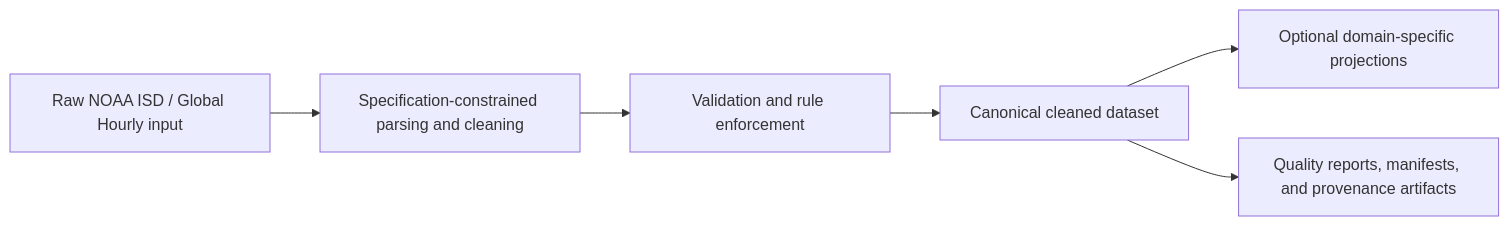
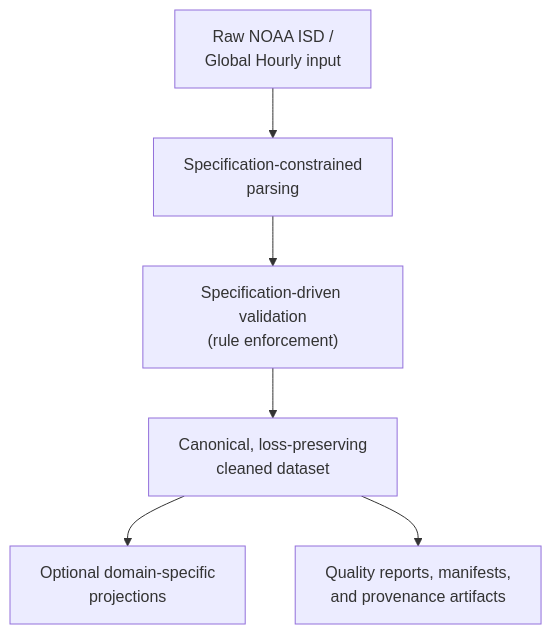
Before and after one commit to balajikesavan90/noaa-spec: the diagram in README.md, drawn with Mermaid. The commit also changed other lines of this file, not shown here.

Commit message:
feat: Update README with improved flowchart and descriptions for NOAA-Spec data processing stages

````diff
--- a/README.md
+++ b/README.md
@@ -7,13 +7,13 @@
 ```mermaid
-flowchart LR
-    A[Raw NOAA ISD / Global Hourly input]
-    B[Specification-constrained parsing and cleaning]
-    C[Validation and rule enforcement]
-    D[Canonical cleaned dataset]
-    E[Optional domain-specific projections]
-    F[Quality reports, manifests, and provenance artifacts]
+flowchart TB
+    A["Raw NOAA ISD /<br/>Global Hourly input"]
+    B["Specification-constrained<br/>parsing"]
+    C["Specification-driven validation<br/>(rule enforcement)"]
+    D["Canonical, loss-preserving<br/>cleaned dataset"]
+    E["Optional domain-specific<br/>projections"]
+    F["Quality reports, manifests,<br/>and provenance artifacts"]
 
     A --> B --> C --> D
     D --> E
     D --> F
 ```
````
